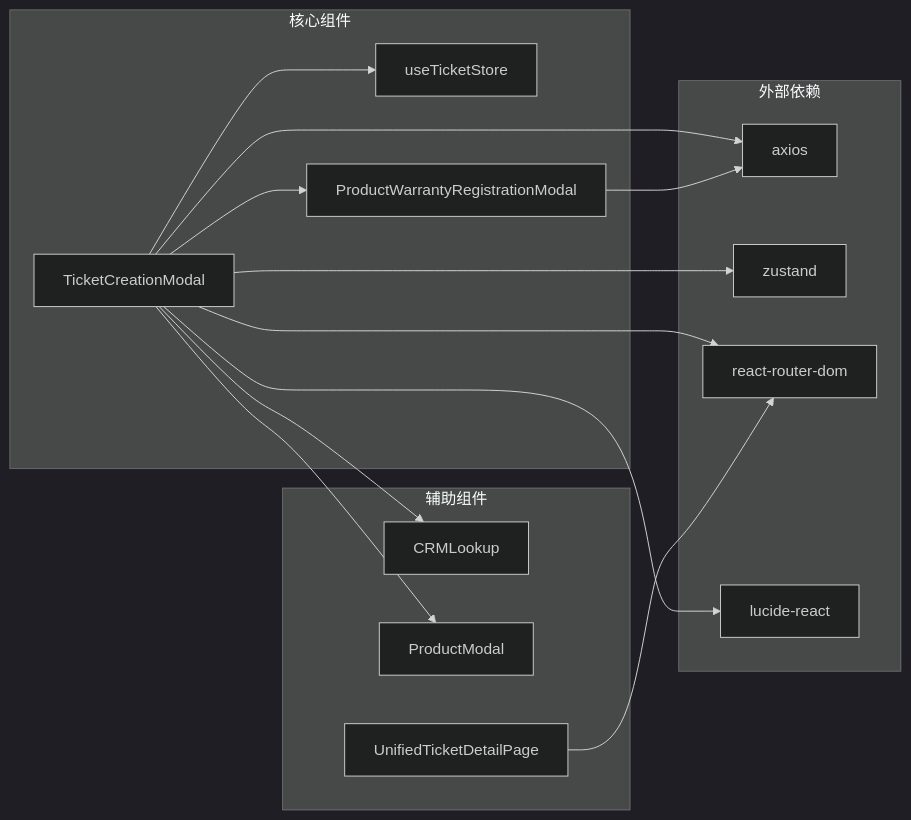
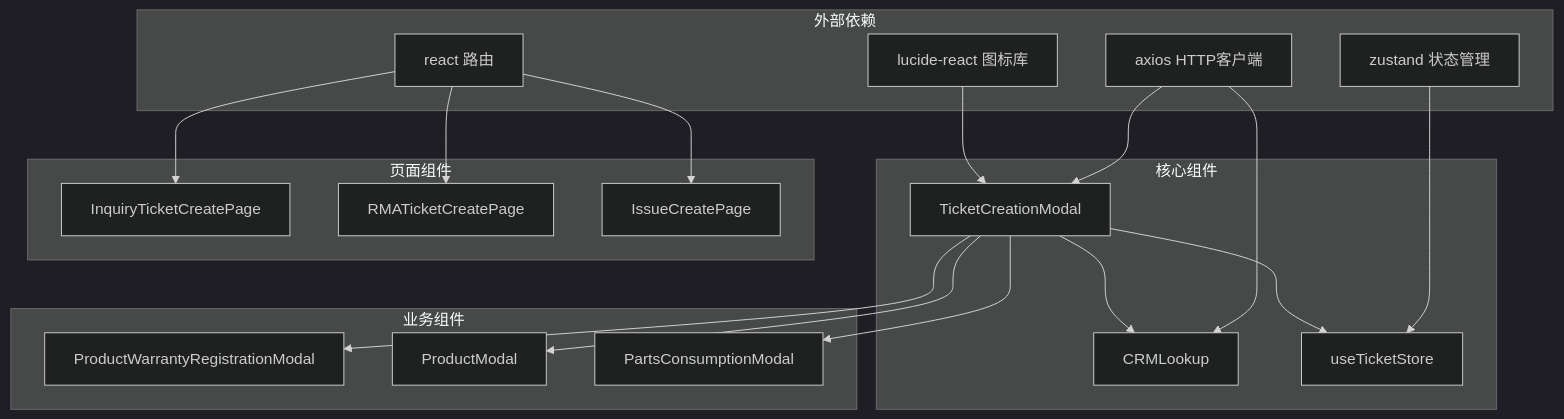
Before and after one commit to CubeEdge/Longhorn: the seventh of 8 diagrams in .qoder/repowiki/zh/content/前端组件架构/工单创建模态框.md, drawn with Mermaid (dark theme). The commit also changed other lines of this file and 53 other files, not shown here.

````diff
--- a/.qoder/repowiki/zh/content/前端组件架构/工单创建模态框.md
+++ b/.qoder/repowiki/zh/content/前端组件架构/工单创建模态框.md
@@ -274,29 +301,36 @@
 ```mermaid
-graph LR
+graph TB
 subgraph "外部依赖"
-AX[axios]
-ZS[zustand]
-RL[react-router-dom]
-LC[lucide-react]
+AX[axios HTTP客户端]
+ZS[zustand 状态管理]
+LZ[lucide-react 图标库]
+RE[react 路由]
 end
 subgraph "核心组件"
-TM[TicketCreationModal]
-TS[useTicketStore]
-PRM[ProductWarrantyRegistrationModal]
+TCM[TicketCreationModal]
+CRM[CRMLookup]
+UTS[useTicketStore]
 end
-subgraph "辅助组件"
-CRML[CRMLookup]
+subgraph "业务组件"
+PWR[ProductWarrantyRegistrationModal]
 PM[ProductModal]
-UT[UnifiedTicketDetailPage]
+PCM[PartsConsumptionModal]
 end
-TM --> AX
-TM --> ZS
-TM --> RL
-TM --> LC
-TM --> TS
-TM --> PRM
-TM --> CRML
-TM --> PM
-PRM --> AX
-UT --> RL
+subgraph "页面组件"
+ITCP[InquiryTicketCreatePage]
+RTCP[RMATicketCreatePage]
+IPTC[IssueCreatePage]
+end
+AX --> TCM
+AX --> CRM
+ZS --> UTS
+LZ --> TCM
+RE --> ITCP
+RE --> RTCP
+RE --> IPTC
+TCM --> CRM
+TCM --> UTS
+TCM --> PWR
+TCM --> PM
+TCM --> PCM
 ```
````
